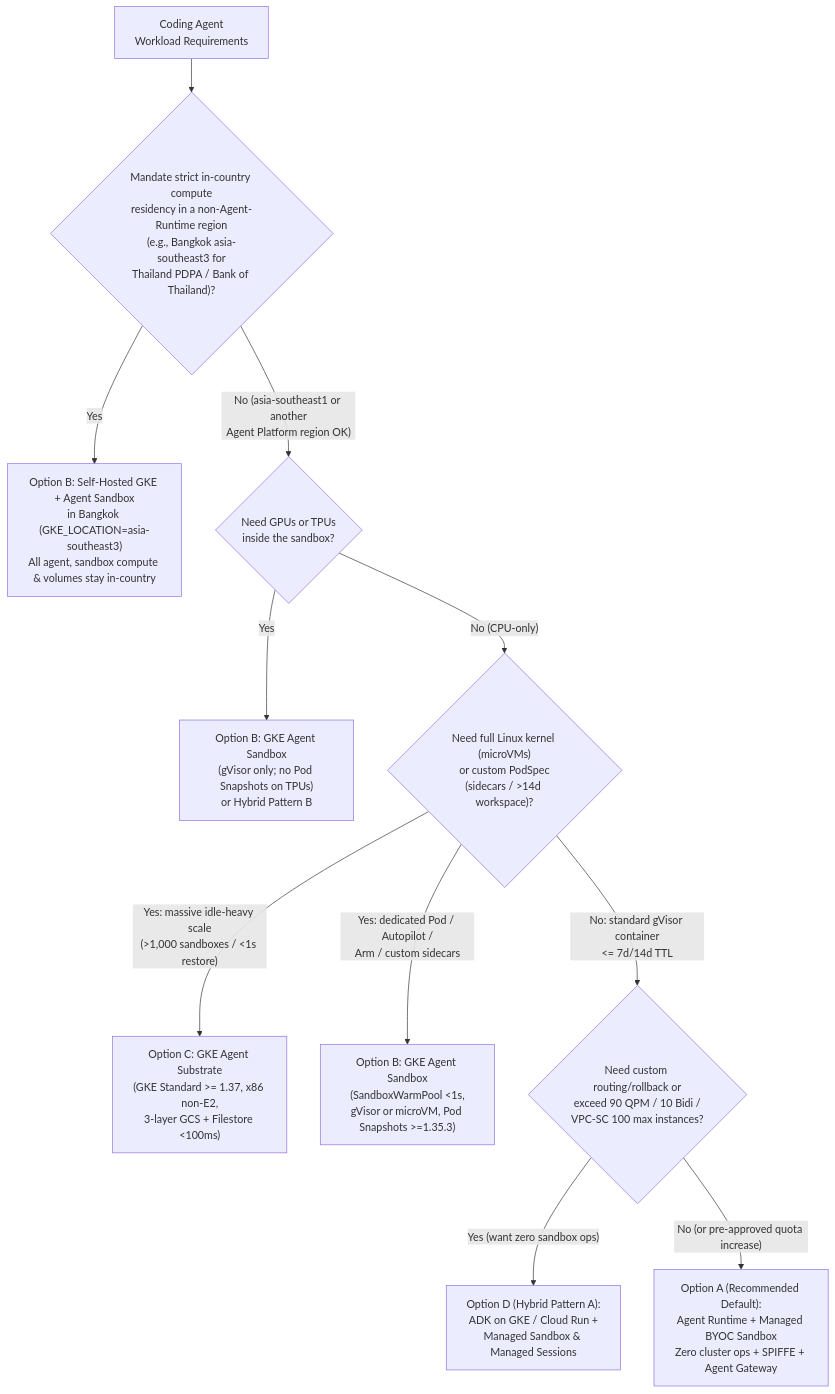
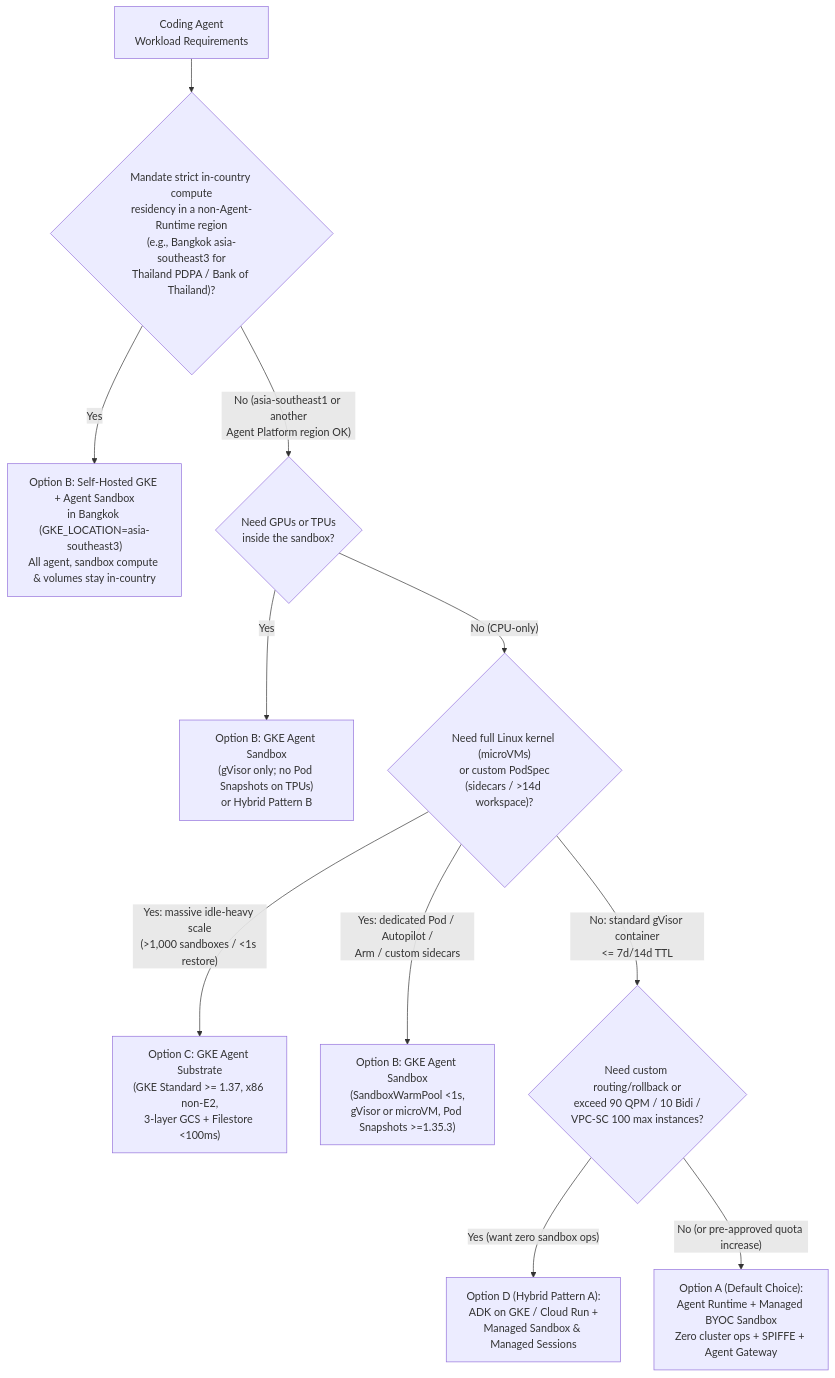
The diagram in workshop/08-ARCHITECTURE-AGENT-RUNTIME-VS-GKE.md (jiratouchmhp/coding-agent-workshop), drawn with Mermaid before and after one commit. The commit also changed other lines of this file and 48 other files, not shown here.

````diff
--- a/workshop/08-ARCHITECTURE-AGENT-RUNTIME-VS-GKE.md
+++ b/workshop/08-ARCHITECTURE-AGENT-RUNTIME-VS-GKE.md
@@ -313,13 +27,13 @@
 ```mermaid
 flowchart TD
     Start["Coding Agent<br/>Workload Requirements"] --> Q0{"Mandate strict in-country compute<br/>residency in a non-Agent-Runtime region<br/>(e.g., Bangkok asia-southeast3 for<br/>Thailand PDPA / Bank of Thailand)?"}
     Q0 -->|"Yes"| GKE_RES["Option B: Self-Hosted GKE + Agent Sandbox<br/>in Bangkok (GKE_LOCATION=asia-southeast3)<br/>All agent, sandbox compute & volumes stay in-country"]
     Q0 -->|"No (asia-southeast1 or another<br/>Agent Platform region OK)"| Q1{"Need GPUs or TPUs<br/>inside the sandbox?"}
     Q1 -->|"Yes"| GKE_GPU["Option B: GKE Agent Sandbox<br/>(gVisor only; no Pod Snapshots on TPUs)<br/>or Hybrid Pattern B"]
     Q1 -->|"No (CPU-only)"| Q2{"Need full Linux kernel (microVMs)<br/>or custom PodSpec<br/>(sidecars / >14d workspace)?"}
     Q2 -->|"Yes: massive idle-heavy scale<br/>(>1,000 sandboxes / <1s restore)"| Sub["Option C: GKE Agent Substrate<br/>(GKE Standard >= 1.37, x86 non-E2,<br/>3-layer GCS + Filestore <100ms)"]
     Q2 -->|"Yes: dedicated Pod / Autopilot /<br/>Arm / custom sidecars"| GKE_SB["Option B: GKE Agent Sandbox<br/>(SandboxWarmPool <1s,<br/>gVisor or microVM, Pod Snapshots >=1.35.3)"]
     Q2 -->|"No: standard gVisor container<br/><= 7d/14d TTL"| Q3{"Need custom routing/rollback or<br/>exceed 90 QPM / 10 Bidi /<br/>VPC-SC 100 max instances?"}
     Q3 -->|"Yes (want zero sandbox ops)"| HybA["Option D (Hybrid Pattern A):<br/>ADK on GKE / Cloud Run +<br/>Managed Sandbox & Managed Sessions"]
-    Q3 -->|"No (or pre-approved quota increase)"| Managed["Option A (Recommended Default):<br/>Agent Runtime + Managed BYOC Sandbox<br/>Zero cluster ops + SPIFFE + Agent Gateway"]
+    Q3 -->|"No (or pre-approved quota increase)"| Managed["Option A (Default Choice):<br/>Agent Runtime + Managed BYOC Sandbox<br/>Zero cluster ops + SPIFFE + Agent Gateway"]
 ```
````
